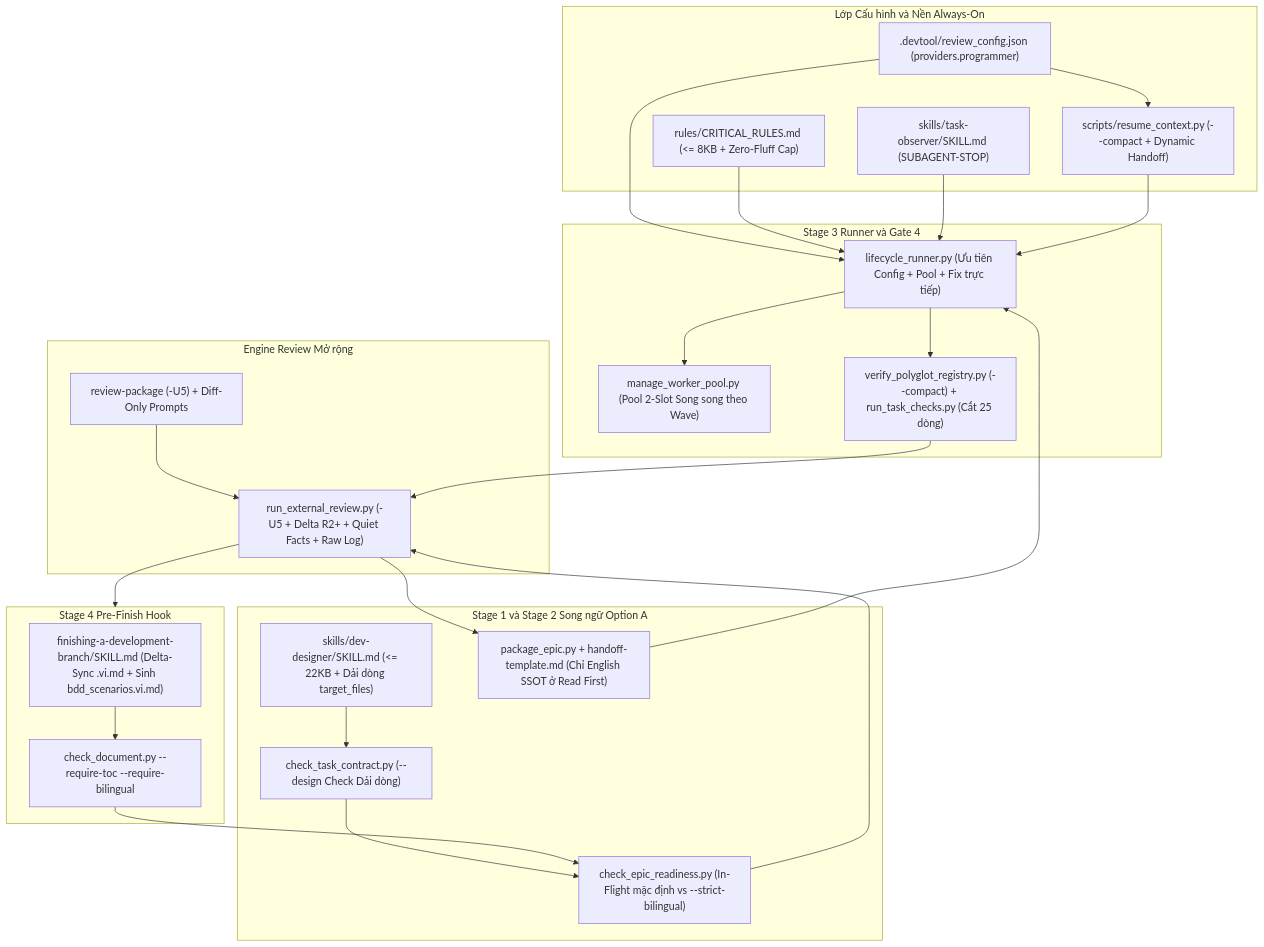
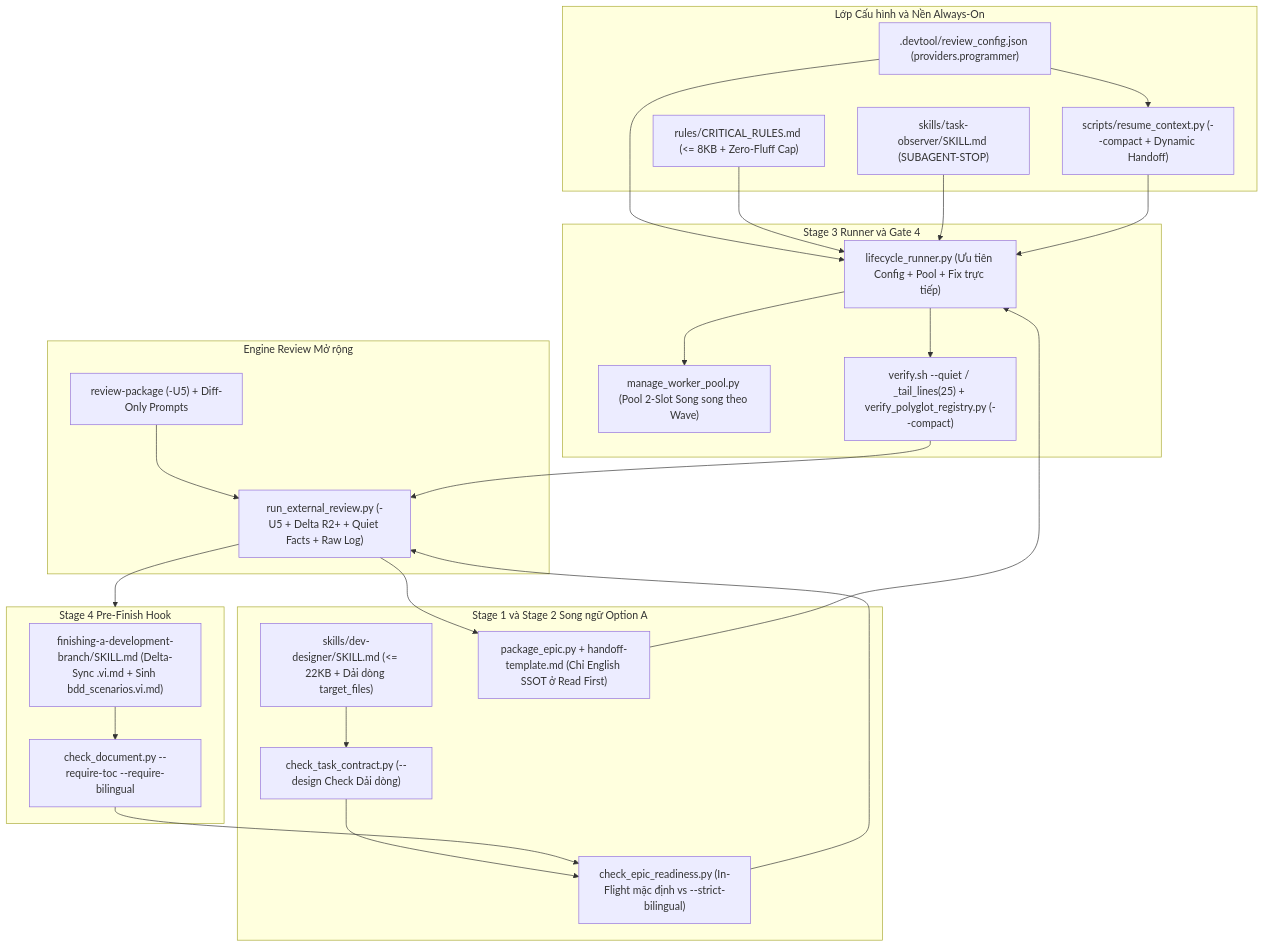
Before and after one commit to DanhDue/ai-agent-tools: the first of 2 diagrams in .devtool/epic/token_throttling_optimization/token_throttling_optimization.vi.md, drawn with Mermaid. The commit also changed other lines of this file and 17 other files, not shown here.

````diff
--- a/.devtool/epic/token_throttling_optimization/token_throttling_optimization.vi.md
+++ b/.devtool/epic/token_throttling_optimization/token_throttling_optimization.vi.md
@@ -61,45 +61,45 @@
 ```mermaid
 flowchart TD
     subgraph CFG["Lớp Cấu hình và Nền Always-On"]
         RC[".devtool/review_config.json (providers.programmer)"]
         CR["rules/CRITICAL_RULES.md (<= 8KB + Zero-Fluff Cap)"]
         TO["skills/task-observer/SKILL.md (SUBAGENT-STOP)"]
         MEM["scripts/resume_context.py (--compact + Dynamic Handoff)"]
     end
 
     subgraph S12["Stage 1 và Stage 2 Song ngữ Option A"]
         DESIGN["skills/dev-designer/SKILL.md (<= 22KB + Dải dòng target_files)"]
         TC["check_task_contract.py (--design Check Dải dòng)"]
         READY["check_epic_readiness.py (In-Flight mặc định vs --strict-bilingual)"]
         PKG["package_epic.py + handoff-template.md (Chỉ English SSOT ở Read First)"]
     end
 
     subgraph REV["Engine Review Mở rộng"]
         RER["run_external_review.py (-U5 + Delta R2+ + Quiet Facts + Raw Log)"]
         REVP["review-package (-U5) + Diff-Only Prompts"]
     end
 
     subgraph EXEC["Stage 3 Runner và Gate 4"]
         RUN["lifecycle_runner.py (Ưu tiên Config + Pool + Fix trực tiếp)"]
         POOL["manage_worker_pool.py (Pool 2-Slot Song song theo Wave)"]
-        G4["verify_polyglot_registry.py (--compact) + run_task_checks.py (Cắt 25 dòng)"]
+        G4["verify.sh --quiet / _tail_lines(25) + verify_polyglot_registry.py (--compact)"]
     end
 
     subgraph FIN["Stage 4 Pre-Finish Hook"]
         FINS["finishing-a-development-branch/SKILL.md (Delta-Sync .vi.md + Sinh bdd_scenarios.vi.md)"]
         DOC["check_document.py --require-toc --require-bilingual"]
     end
 
     RC --> RUN
     RC --> MEM
     CR --> RUN
     TO --> RUN
     MEM --> RUN
     DESIGN --> TC --> READY --> RER --> PKG --> RUN
     REVP --> RER
     RUN --> POOL
     RUN --> G4
     G4 --> RER
     RER --> FIN
     FINS --> DOC --> READY
 ```
````
